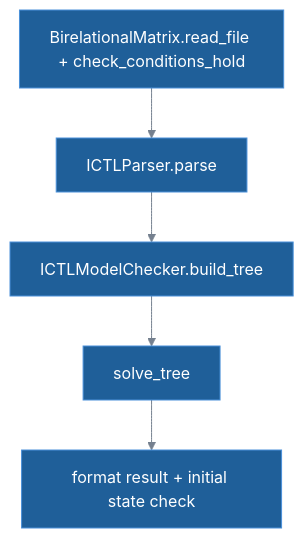
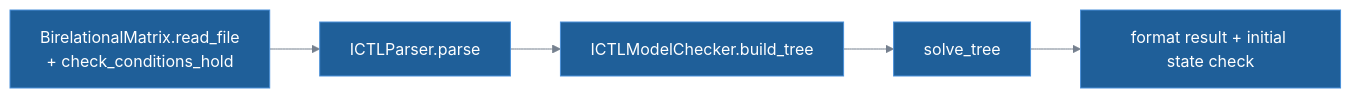
Before and after one commit to VITAMIN-organisation/vitamin-model-checker: the diagram in docs/ICTL/algorithm.md, drawn with Mermaid. The commit also changed other lines of this file and 16 other files, not shown here.

````diff
--- a/docs/ICTL/algorithm.md
+++ b/docs/ICTL/algorithm.md
@@ -284,11 +284,11 @@
 ```mermaid
 %%{init: {"theme": "base", "themeVariables": {"primaryColor": "#1f5f99", "primaryTextColor": "#ffffff", "primaryBorderColor": "#4a90d9", "lineColor": "#75808f", "tertiaryTextColor": "#75808f", "titleColor": "#75808f", "clusterBkg": "transparent", "clusterBorder": "#75808f", "edgeLabelBackground": "transparent"}}}%%
-flowchart TB
-    load["BirelationalMatrix.read_file + check_conditions_hold"]
+flowchart LR
+    load["BirelationalMatrix.read_file<br/>+ check_conditions_hold"]
     parse["ICTLParser.parse"]
     tree["ICTLModelChecker.build_tree"]
     solve["solve_tree"]
     result["format result + initial state check"]
 
     load --> parse --> tree --> solve --> result
 ```
````
